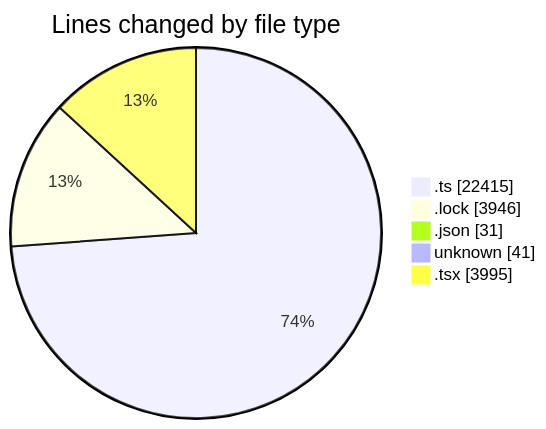
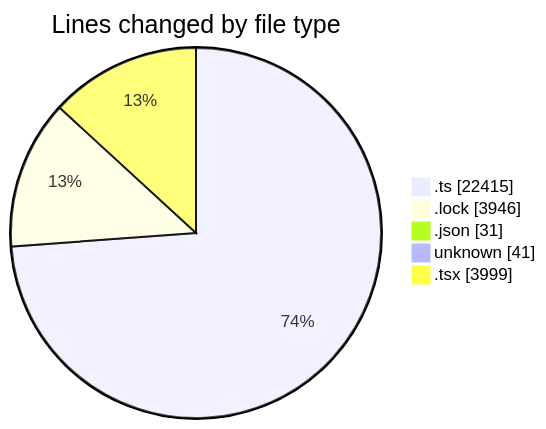
One commit to momahboobian/code-tracking changed the first of 2 diagrams in 2025-08-19/cda/README.md. Above: the diagram before and after it, drawn with Mermaid. The commit also changed other lines of this file and 1 other file, not shown here.

````diff
--- a/2025-08-19/cda/README.md
+++ b/2025-08-19/cda/README.md
@@ -48,9 +48,9 @@
 ```mermaid
 pie showData
 title Lines changed by file type
 ".ts" : 22415
 ".lock" : 3946
 ".json" : 31
 "unknown" : 41
-".tsx" : 3995
+".tsx" : 3999
 ```
````
